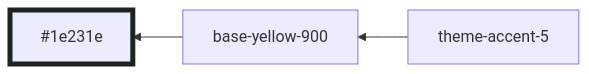
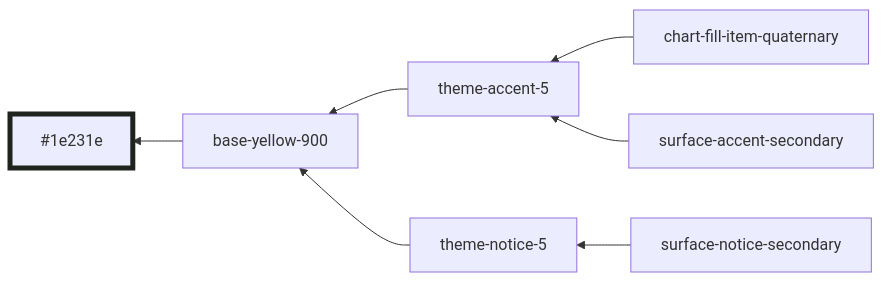
Before and after one commit to oxidecomputer/console: the tenth of 29 diagrams in libs/ui/styles/themes/operator-mode.md, drawn with Mermaid. The commit also changed other lines of this file and 4 other files, not shown here.

````diff
--- a/libs/ui/styles/themes/operator-mode.md
+++ b/libs/ui/styles/themes/operator-mode.md
@@ -93,7 +135,11 @@
 ```mermaid
 graph RL
   base-yellow-900 --> #1e231e:::base-yellow-900
   theme-accent-5 --> base-yellow-900
+  theme-notice-5 --> base-yellow-900
+  chart-fill-item-quaternary --> theme-accent-5
+  surface-accent-secondary --> theme-accent-5
+  surface-notice-secondary --> theme-notice-5
 
   classDef base-yellow-900 stroke-width:5,stroke:#1e231e
 ```
````
